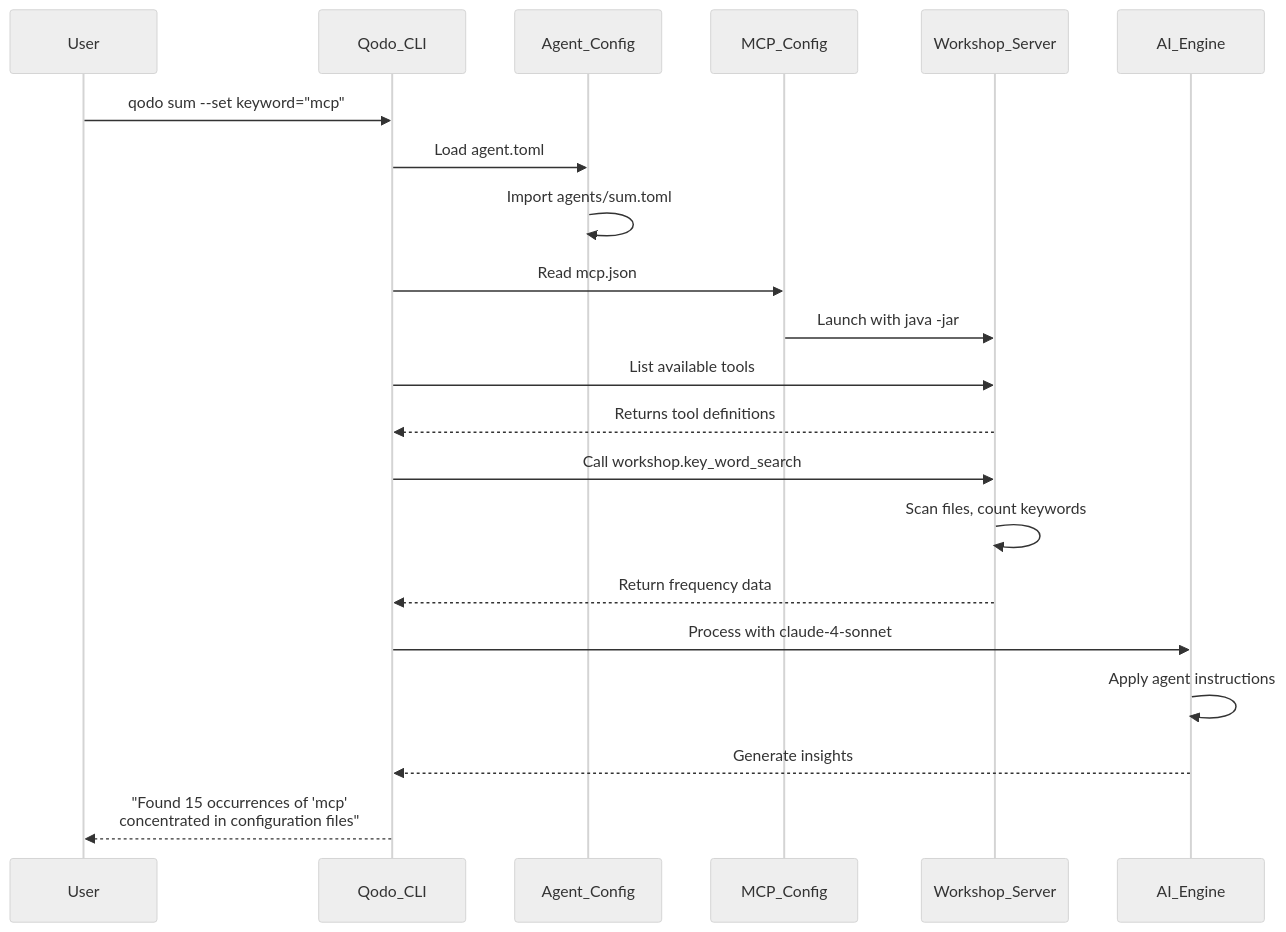
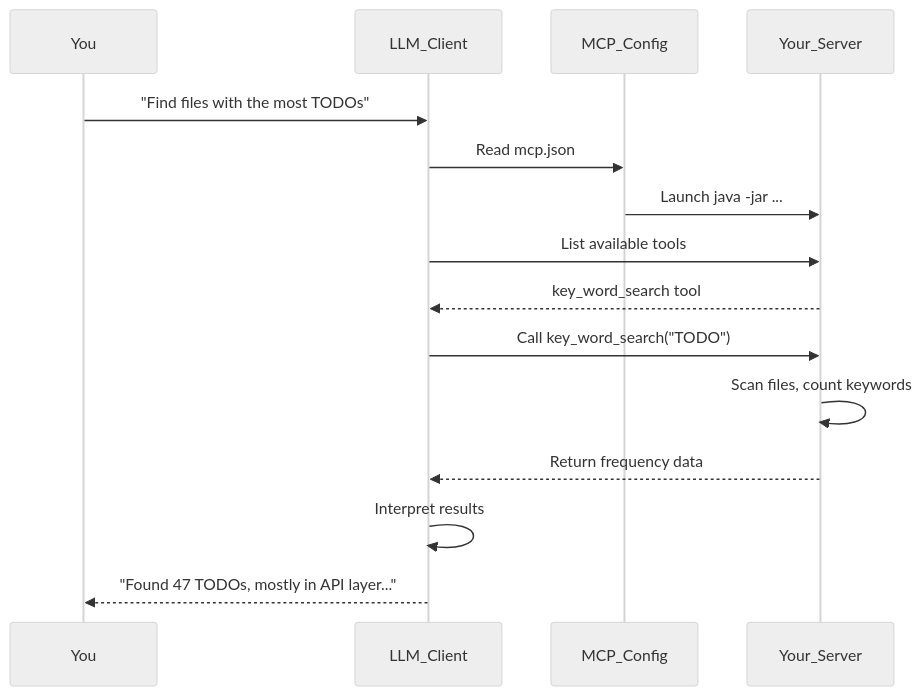
Before and after one commit to David-Parry/agent-mcp-workshop: the third of 3 diagrams in lesson/05-overview.md, drawn with Mermaid (neutral theme). The commit also changed other lines of this file and 3 other files, not shown here.

Commit message:
Update lesson 5 to focus on live LLM integration instead of Qodo agent configuration

````diff
--- a/lesson/05-overview.md
+++ b/lesson/05-overview.md
@@ -121,27 +119,21 @@
 ```mermaid
 sequenceDiagram
-    participant User
-    participant Qodo_CLI
-    participant Agent_Config
+    participant You
+    participant LLM_Client
     participant MCP_Config
-    participant Workshop_Server
-    participant AI_Engine
-    
-    User->>Qodo_CLI: qodo sum --set keyword="mcp"
-    Qodo_CLI->>Agent_Config: Load agent.toml
-    Agent_Config->>Agent_Config: Import agents/sum.toml
-    Qodo_CLI->>MCP_Config: Read mcp.json
-    MCP_Config->>Workshop_Server: Launch with java -jar
-    
-    Qodo_CLI->>Workshop_Server: List available tools
-    Workshop_Server-->>Qodo_CLI: Returns tool definitions
-    
-    Qodo_CLI->>Workshop_Server: Call workshop.key_word_search
-    Workshop_Server->>Workshop_Server: Scan files, count keywords
-    Workshop_Server-->>Qodo_CLI: Return frequency data
-    
-    Qodo_CLI->>AI_Engine: Process with claude-4-sonnet
-    AI_Engine->>AI_Engine: Apply agent instructions
-    AI_Engine-->>Qodo_CLI: Generate insights
-    Qodo_CLI-->>User: "Found 15 occurrences of 'mcp'<br/>concentrated in configuration files"
+    participant Your_Server
+
+    You->>LLM_Client: "Find files with the most TODOs"
+    LLM_Client->>MCP_Config: Read mcp.json
+    MCP_Config->>Your_Server: Launch java -jar ...
+
+    LLM_Client->>Your_Server: List available tools
+    Your_Server-->>LLM_Client: key_word_search tool
+
+    LLM_Client->>Your_Server: Call key_word_search("TODO")
+    Your_Server->>Your_Server: Scan files, count keywords
+    Your_Server-->>LLM_Client: Return frequency data
+
+    LLM_Client->>LLM_Client: Interpret results
+    LLM_Client-->>You: "Found 47 TODOs, mostly in API layer..."
 ```
````
